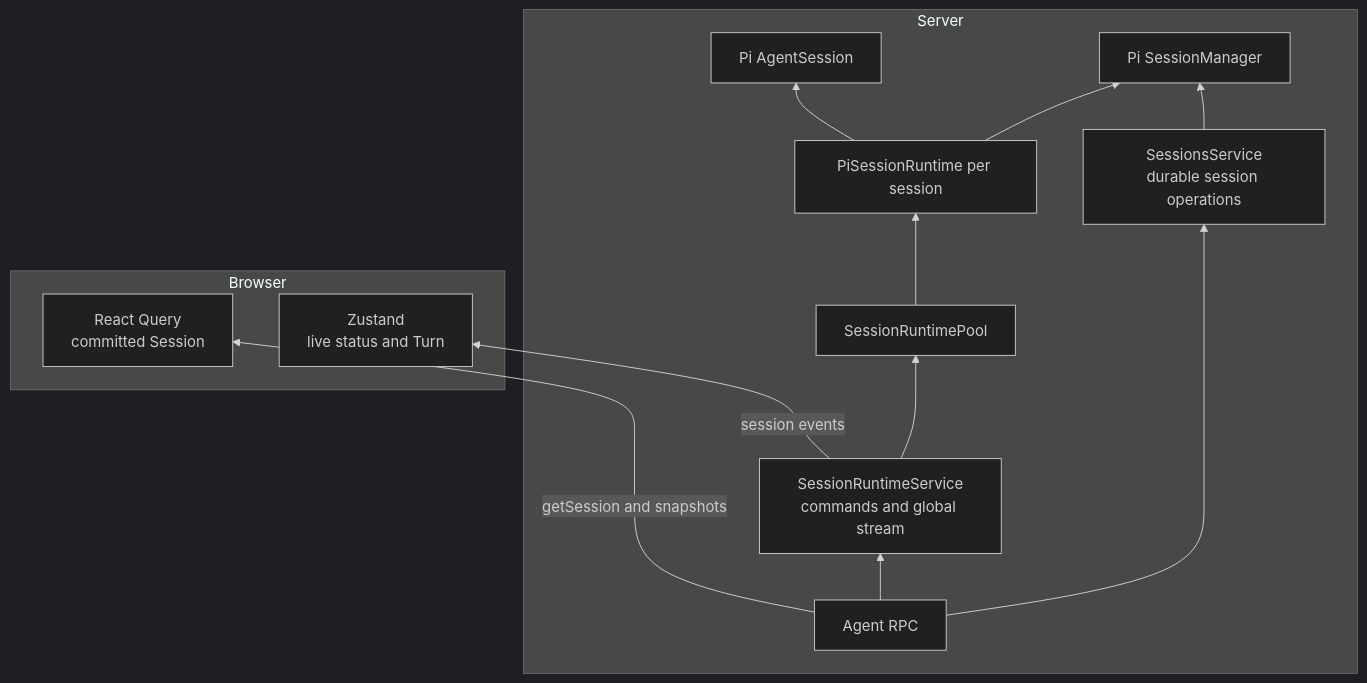
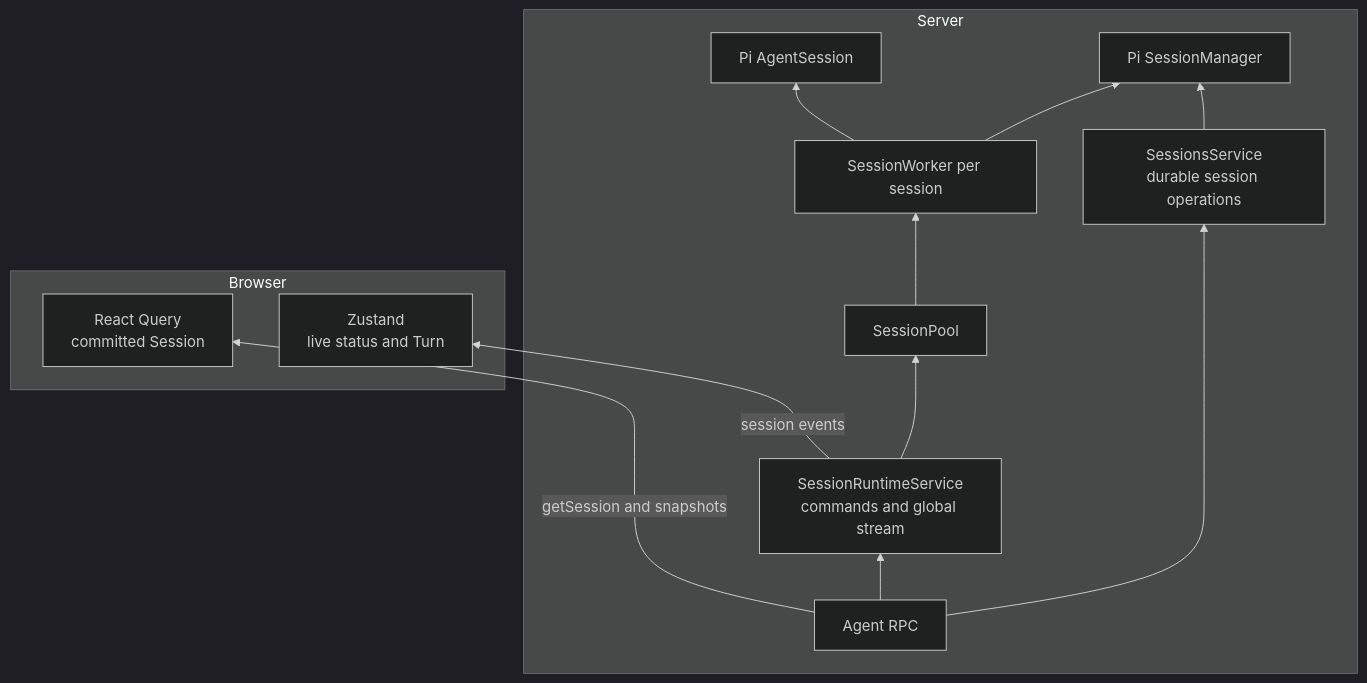
The second of 7 diagrams in docs/internal/session-runtime.md (mattiacerutti/supernova), drawn with Mermaid (dark theme) before and after one commit. The commit also changed other lines of this file and 226 other files, not shown here.

````diff
--- a/docs/internal/session-runtime.md
+++ b/docs/internal/session-runtime.md
@@ -82,28 +82,28 @@
 ```mermaid
 flowchart BT
     subgraph server[Server]
         rpc[Agent RPC]
         sessions["SessionsService<br/>durable session operations"]
         runtimeService["SessionRuntimeService<br/>commands and global stream"]
-        pool[SessionRuntimePool]
-        runtime[PiSessionRuntime per session]
+        pool[SessionPool]
+        runtime[SessionWorker per session]
         agent[Pi AgentSession]
         manager[Pi SessionManager]
 
         rpc --> sessions
         rpc --> runtimeService
         runtimeService --> pool
         pool --> runtime
         sessions --> manager
         runtime --> agent
         runtime --> manager
     end
 
     subgraph browser[Browser]
         query["React Query<br/>committed Session"]
         liveStore["Zustand<br/>live status and Turn"]
     end
 
     rpc -->|getSession and snapshots| query
     runtimeService -->|session events| liveStore
 ```
````
